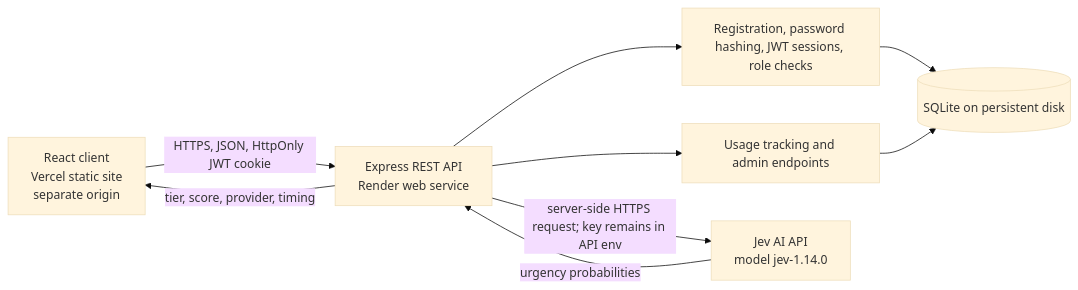
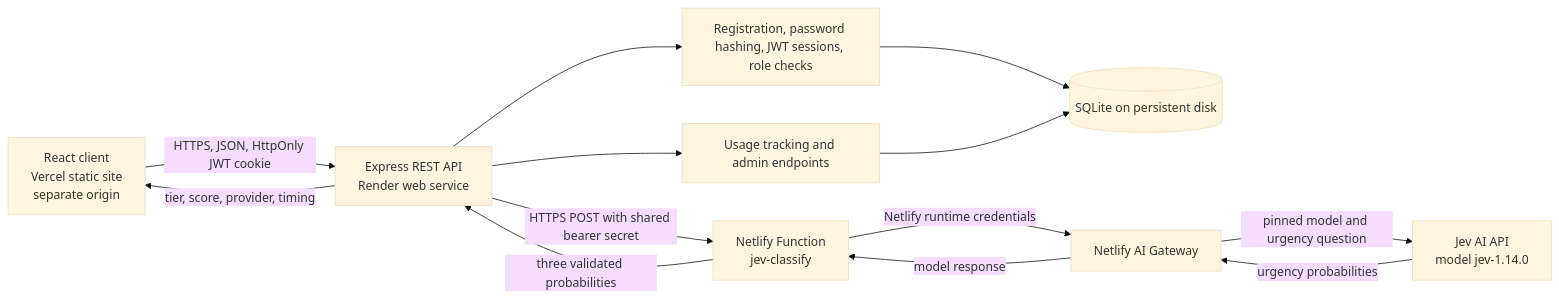
The first of 2 diagrams in docs/architecture.md (JonahBotelho/jev-priority-inbox), drawn with Mermaid (base theme) before and after one commit. The commit also changed other lines of this file and 18 other files, not shown here.

Commit message:
feat: deploy Jev classification through Netlify AI Gateway

````diff
--- a/docs/architecture.md
+++ b/docs/architecture.md
@@ -3,11 +3,15 @@
 ```mermaid
 flowchart LR
   Browser[React client\nVercel static site\nseparate origin] -->|HTTPS, JSON, HttpOnly JWT cookie| API[Express REST API\nRender web service]
   API --> Auth[Registration, password hashing, JWT sessions, role checks]
   Auth --> DB[(SQLite on persistent disk)]
   API --> Usage[Usage tracking and admin endpoints]
   Usage --> DB
-  API -->|server-side HTTPS request; key remains in API env| Jev[Jev AI API\nmodel jev-1.14.0]
-  Jev -->|urgency probabilities| API
+  API -->|HTTPS POST with shared bearer secret| Fn[Netlify Function\njev-classify]
+  Fn -->|Netlify runtime credentials| Gateway[Netlify AI Gateway]
+  Gateway -->|pinned model and urgency question| Jev[Jev AI API\nmodel jev-1.14.0]
+  Jev -->|urgency probabilities| Gateway
+  Gateway -->|model response| Fn
+  Fn -->|three validated probabilities| API
   API -->|tier, score, provider, timing| Browser
 ```
````
